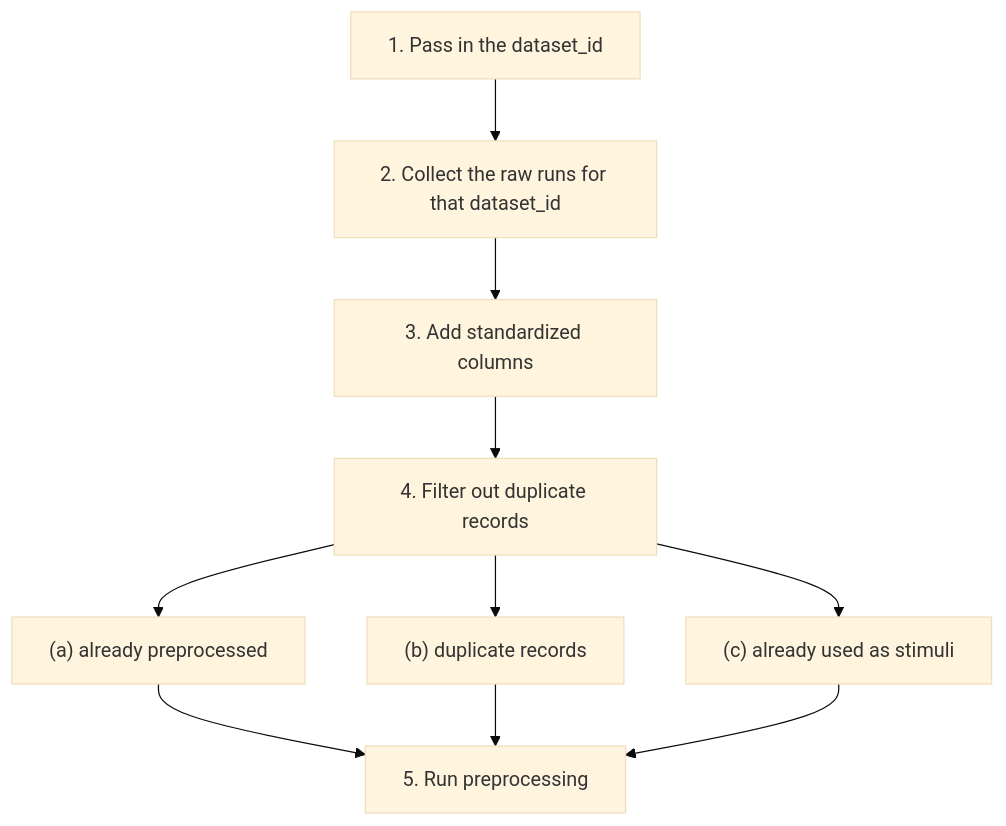
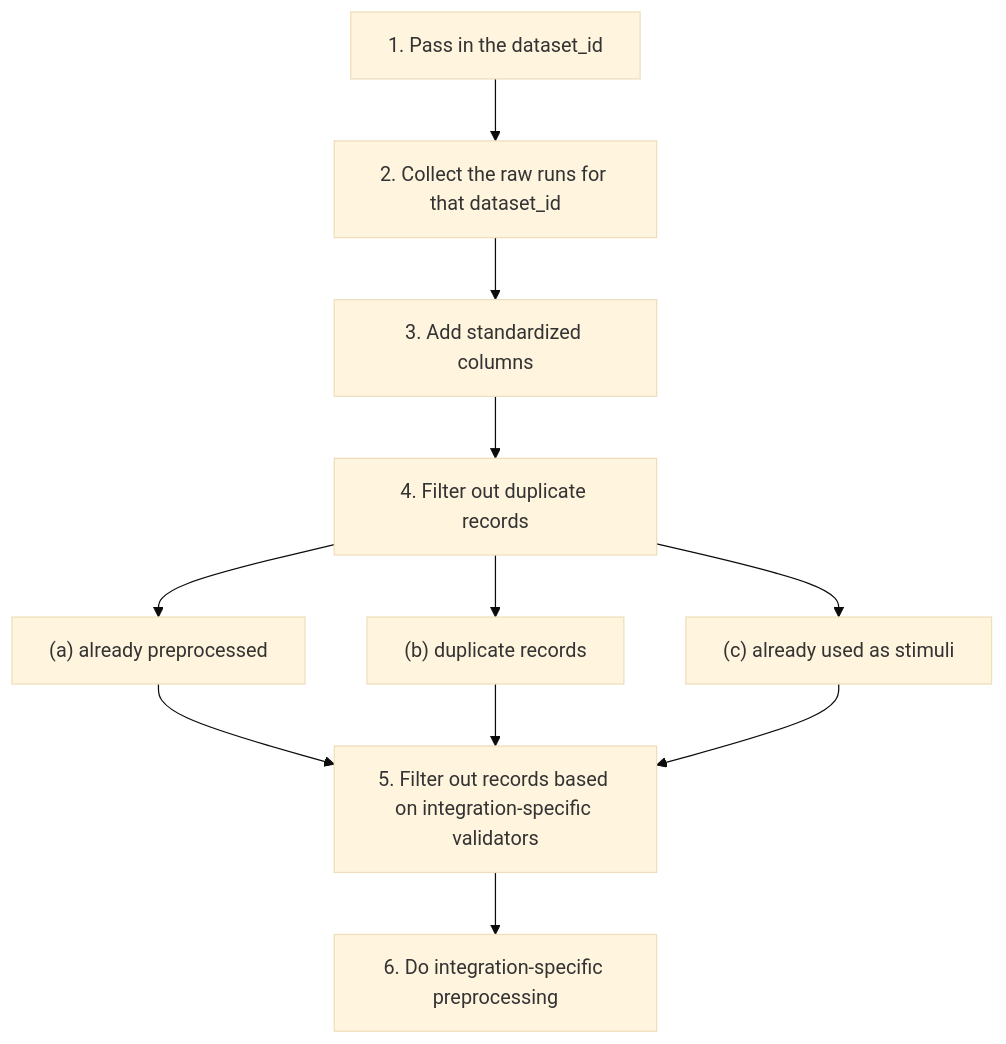
The diagram in data_platform/preprocessing/README.md (METResearchGroup/mirrorView-task), drawn with Mermaid (base theme) before and after one commit. The commit also changed other lines of this file and 1 other file, not shown here.

Commit message:
wip: refactor preprocessing

````diff
--- a/data_platform/preprocessing/README.md
+++ b/data_platform/preprocessing/README.md
@@ -16,19 +16,21 @@
 ```mermaid
 flowchart TD
   step1["1. Pass in the dataset_id"]
   step2["2. Collect the raw runs for that dataset_id"]
   step3["3. Add standardized columns"]
   step4["4. Filter out duplicate records"]
   step4a["(a) already preprocessed"]
   step4b["(b) duplicate records"]
   step4c["(c) already used as stimuli"]
-  step5["5. Run preprocessing"]
+  step5["5. Filter out records based on integration-specific validators"]
+  step6["6. Do integration-specific preprocessing"]
 
   step1 --> step2 --> step3 --> step4
   step4 --> step4a
   step4 --> step4b
   step4 --> step4c
   step4a --> step5
   step4b --> step5
   step4c --> step5
+  step5 --> step6
 ```
````
